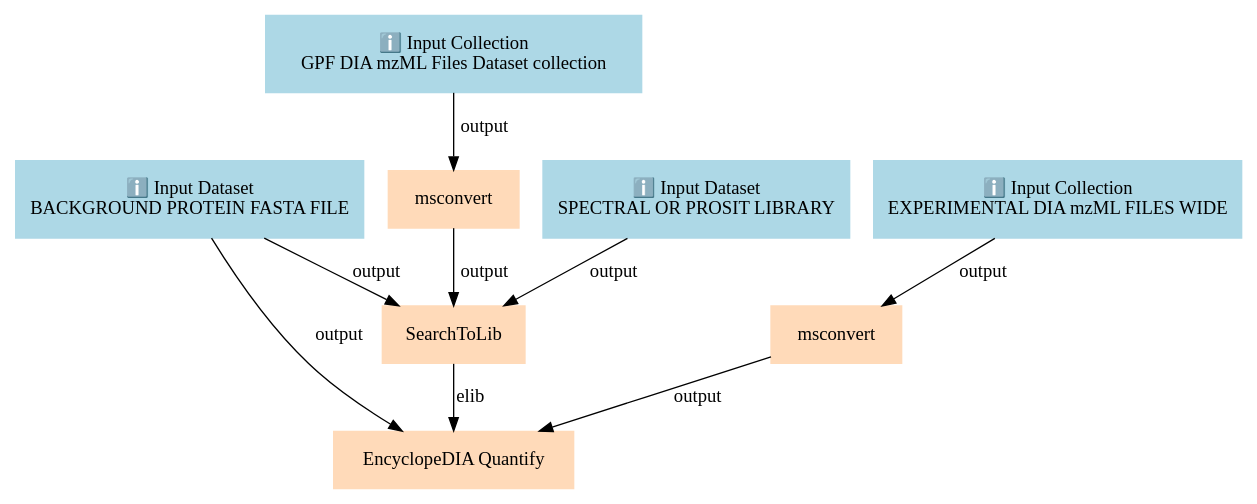
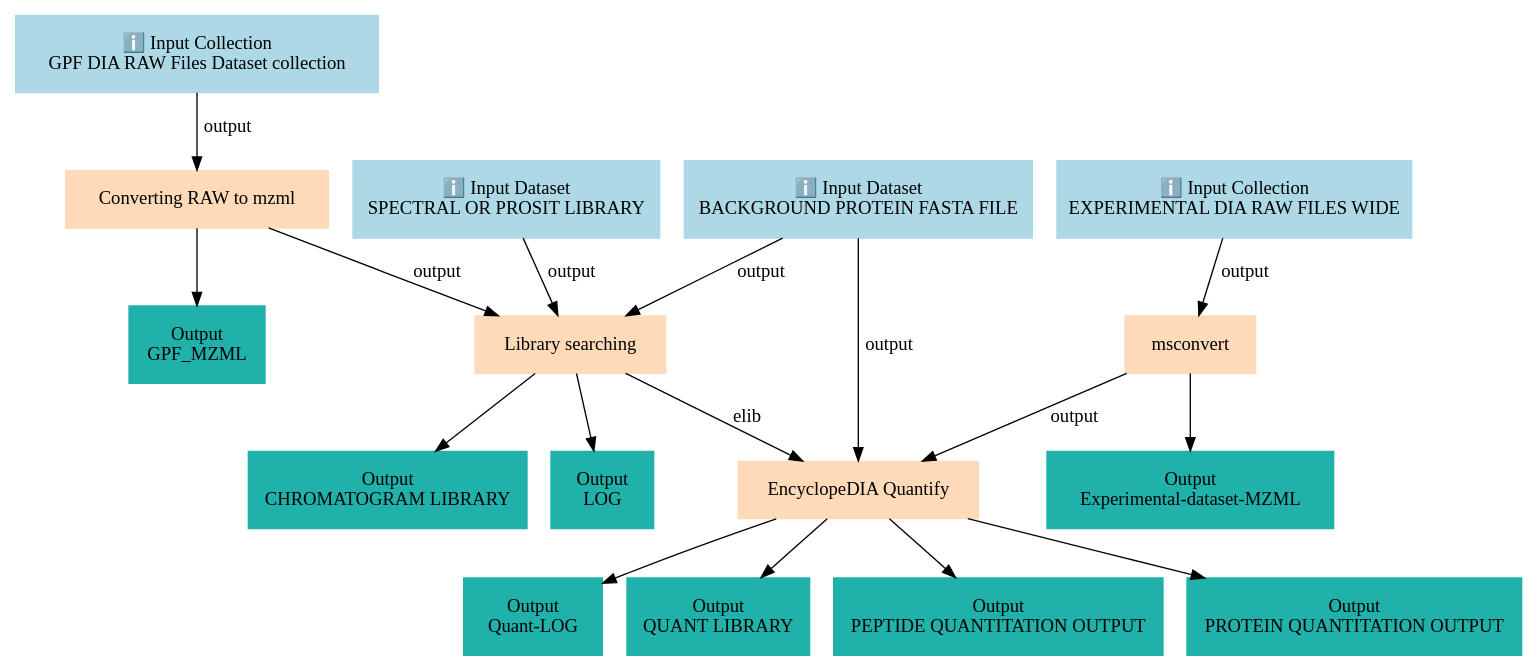
Before and after one commit to galaxyproject/training-material: the diagram in api/workflows/proteomics/encyclopedia/main-workflow/graph.dot, drawn with Graphviz. The commit also changed 7342 other files, not shown here.

```diff
--- a/api/workflows/proteomics/encyclopedia/main-workflow/graph.dot
+++ b/api/workflows/proteomics/encyclopedia/main-workflow/graph.dot
@@ -1,20 +1,36 @@
 digraph main {
   node [fontname="Atkinson Hyperlegible", shape=box, color=white,style=filled,color=peachpuff,margin="0.2,0.2"];
   edge [fontname="Atkinson Hyperlegible"];
-  0[color=lightblue,label="ℹ️ Input Collection\nGPF DIA mzML Files Dataset collection"]
-  1[color=lightblue,label="ℹ️ Input Dataset\nSPECTRAL OR PROSIT LIBRARY"]
-  2[color=lightblue,label="ℹ️ Input Collection\nEXPERIMENTAL DIA mzML FILES WIDE"]
+  0[color=lightblue,label="ℹ️ Input Collection\nGPF DIA RAW Files Dataset collection"]
+  1[color=lightblue,label="ℹ️ Input Collection\nEXPERIMENTAL DIA RAW FILES WIDE"]
+  2[color=lightblue,label="ℹ️ Input Dataset\nSPECTRAL OR PROSIT LIBRARY"]
   3[color=lightblue,label="ℹ️ Input Dataset\nBACKGROUND PROTEIN FASTA FILE"]
-  4[label="msconvert"]
+  4[label="Converting RAW to mzml "]
   0 -> 4 [label="output"]
+  kee41b00e11e5494396d0bb64a0dd976c[color=lightseagreen,label="Output\nGPF_MZML"]
+  4 -> kee41b00e11e5494396d0bb64a0dd976c
   5[label="msconvert"]
-  2 -> 5 [label="output"]
-  6[label="SearchToLib"]
+  1 -> 5 [label="output"]
+  k982b398874ff4755b03f564fd72adad9[color=lightseagreen,label="Output\nExperimental-dataset-MZML"]
+  5 -> k982b398874ff4755b03f564fd72adad9
+  6[label="Library searching"]
   3 -> 6 [label="output"]
-  1 -> 6 [label="output"]
+  2 -> 6 [label="output"]
   4 -> 6 [label="output"]
+  ka6ae2431c813408eb67f4df16f4d9816[color=lightseagreen,label="Output\nCHROMATOGRAM LIBRARY"]
+  6 -> ka6ae2431c813408eb67f4df16f4d9816
+  k1c3b0d2e87864f818ac5a932fe3759c6[color=lightseagreen,label="Output\nLOG"]
+  6 -> k1c3b0d2e87864f818ac5a932fe3759c6
   7[label="EncyclopeDIA Quantify"]
   3 -> 7 [label="output"]
   6 -> 7 [label="elib"]
   5 -> 7 [label="output"]
+  k6fcebd600aa24833ab18bf3fad5f2e34[color=lightseagreen,label="Output\nQuant-LOG"]
+  7 -> k6fcebd600aa24833ab18bf3fad5f2e34
+  k31f9b9fa9e6c4531b207e6a4547f96a0[color=lightseagreen,label="Output\nQUANT LIBRARY"]
+  7 -> k31f9b9fa9e6c4531b207e6a4547f96a0
+  ka6d58aaffd7b4d1492cec217e2fbad18[color=lightseagreen,label="Output\nPEPTIDE QUANTITATION OUTPUT"]
+  7 -> ka6d58aaffd7b4d1492cec217e2fbad18
+  k5cc9b38b83554367ab3e382333a73eff[color=lightseagreen,label="Output\nPROTEIN QUANTITATION OUTPUT"]
+  7 -> k5cc9b38b83554367ab3e382333a73eff
 }
```
